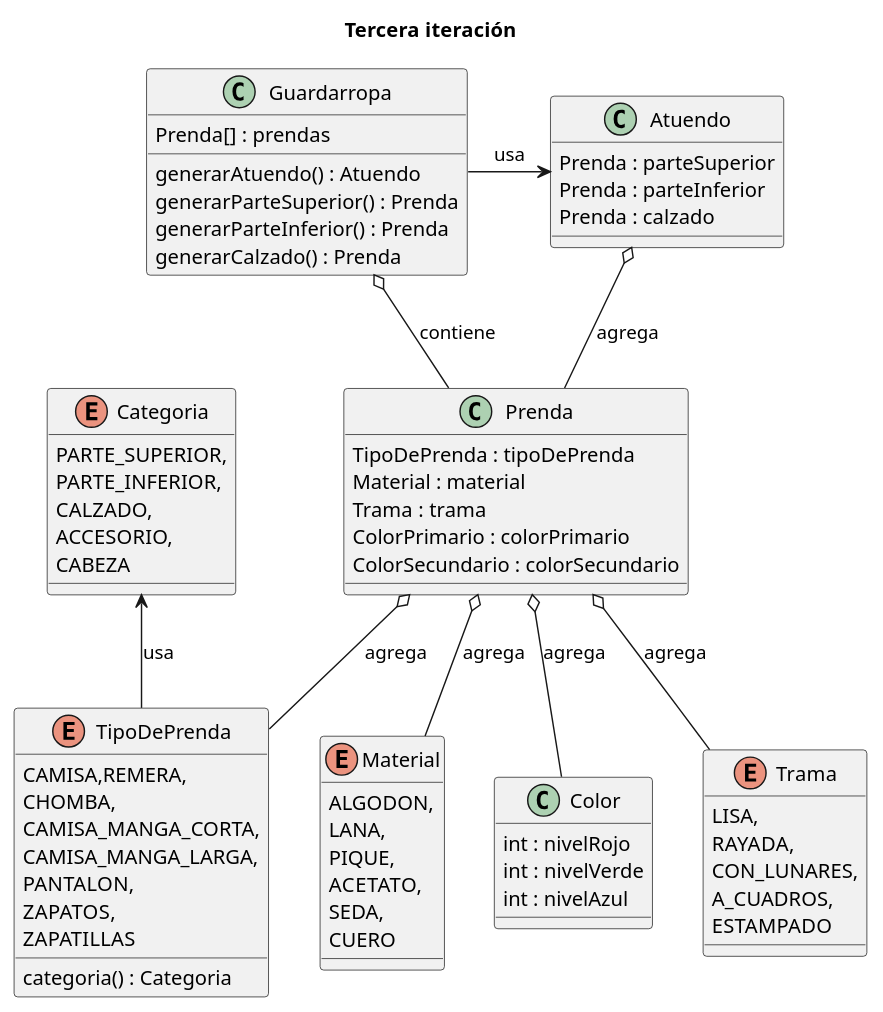
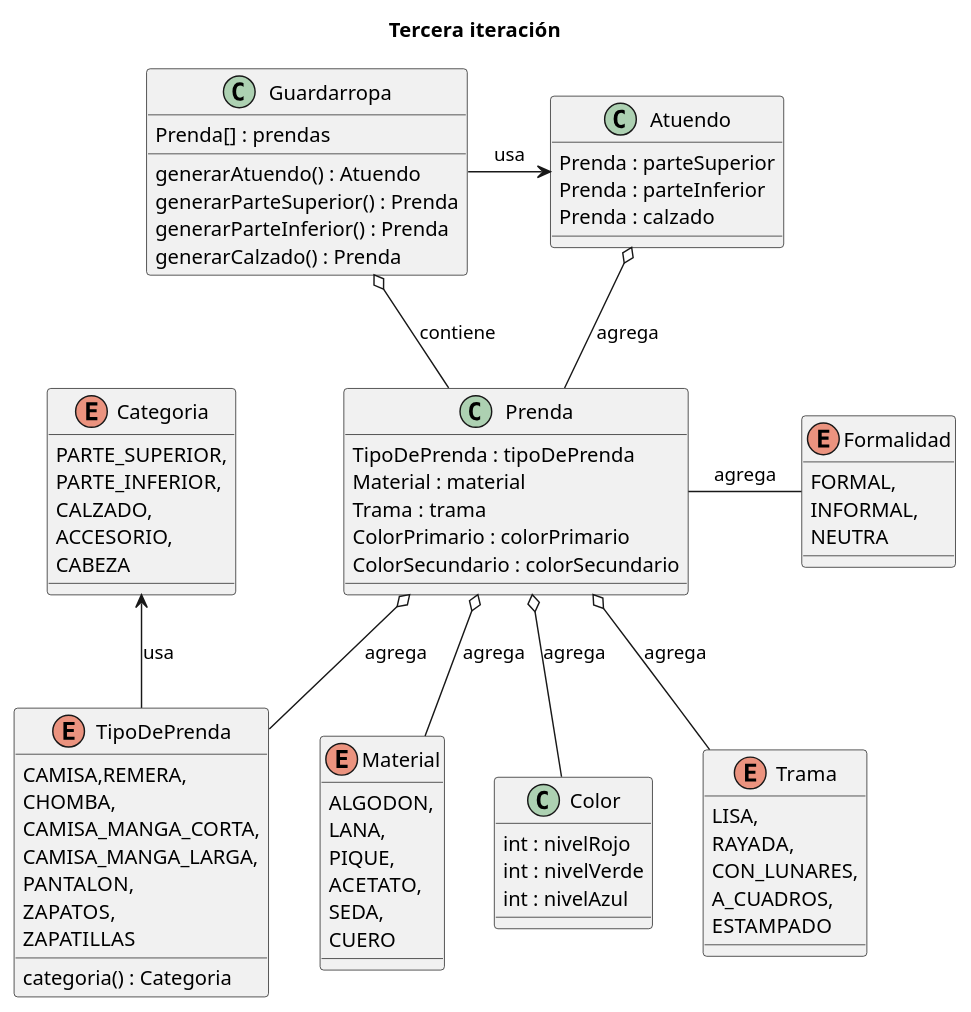
One commit to JuanIgnPer/dds_que-me-pongo changed the diagram in documentacion/diagrama_clases_tercera_iteracion.puml. Above: the diagram before and after it, drawn with PlantUML. The commit also changed 5 other files, not shown here.

```diff
--- a/documentacion/diagrama_clases_tercera_iteracion.puml
+++ b/documentacion/diagrama_clases_tercera_iteracion.puml
@@ -1,77 +1,85 @@
 @startuml
 title Tercera iteración
 
 class Prenda {
     TipoDePrenda : tipoDePrenda
     Material : material
     Trama : trama
     ColorPrimario : colorPrimario
     ColorSecundario : colorSecundario
 }
 
 enum TipoDePrenda {
     CAMISA,REMERA,
     CHOMBA,
     CAMISA_MANGA_CORTA,
     CAMISA_MANGA_LARGA,
     PANTALON,
     ZAPATOS,
     ZAPATILLAS
     categoria() : Categoria
 }
 
 enum Material {
   ALGODON,
   LANA,
   PIQUE,
   ACETATO,
   SEDA,
   CUERO
 }
 
 class Color {
     int : nivelRojo
     int : nivelVerde
     int : nivelAzul
 }
 
 enum Categoria {
   PARTE_SUPERIOR,
   PARTE_INFERIOR,
   CALZADO,
   ACCESORIO,
   CABEZA
 }
 
 enum Trama {
   LISA,
   RAYADA,
   CON_LUNARES,
   A_CUADROS,
   ESTAMPADO
 }
 
 class Guardarropa{
     Prenda[] : prendas
     generarAtuendo() : Atuendo
     generarParteSuperior() : Prenda
     generarParteInferior() : Prenda
     generarCalzado() : Prenda
 }
 
 class Atuendo{
     Prenda : parteSuperior
     Prenda : parteInferior
     Prenda : calzado
 }
 
+enum Formalidad{
+    FORMAL,
+    INFORMAL,
+    NEUTRA
+}
+
 Prenda o-- TipoDePrenda : agrega
 Prenda o-- Color : agrega
 Prenda o-- Material : agrega
 Prenda o-- Trama : agrega
 TipoDePrenda -up-> Categoria : usa
 
 Guardarropa o-- Prenda : contiene
 Guardarropa -right-> Atuendo : usa
 Atuendo o-- Prenda: agrega
+
+Prenda - Formalidad : agrega
 @enduml
```
